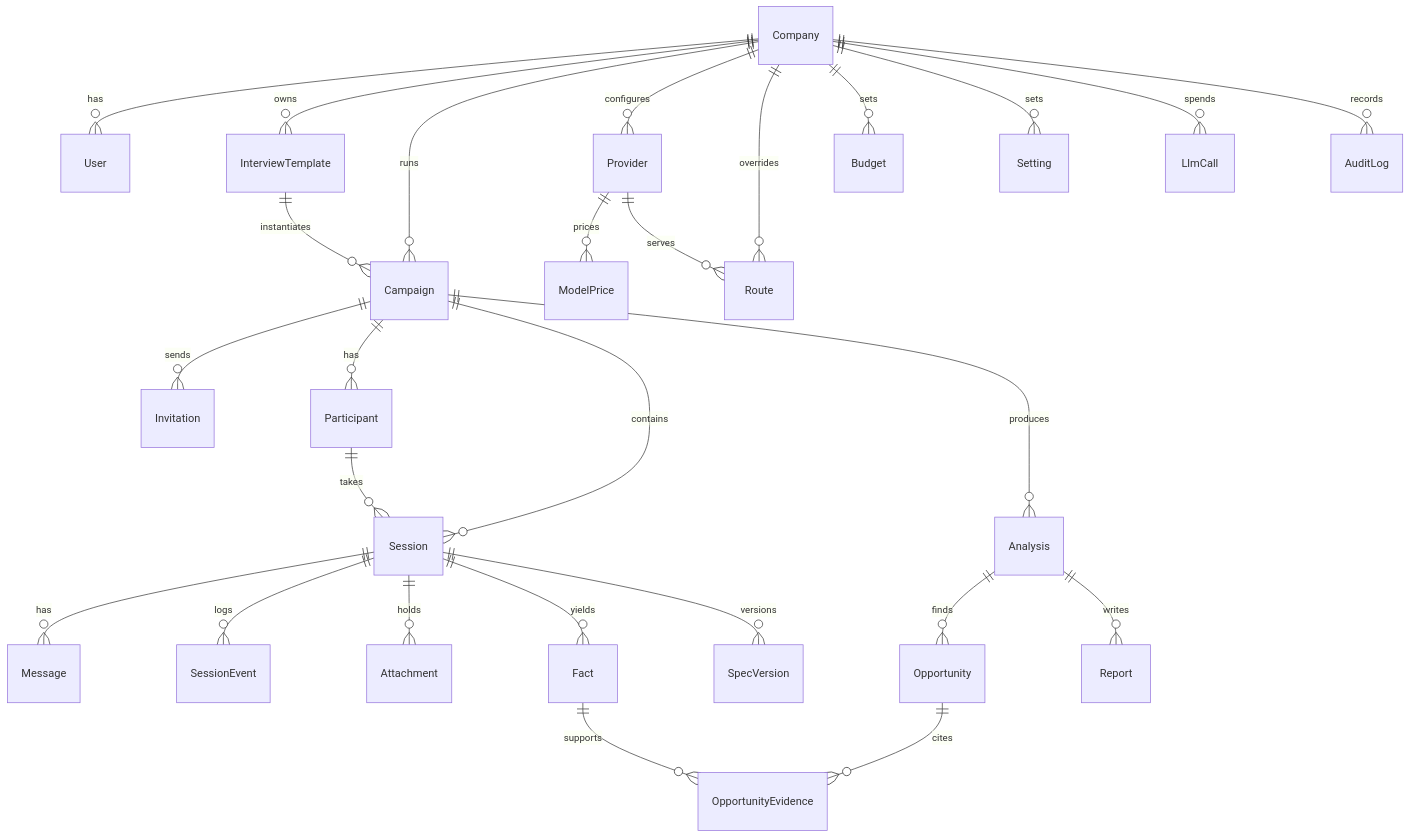
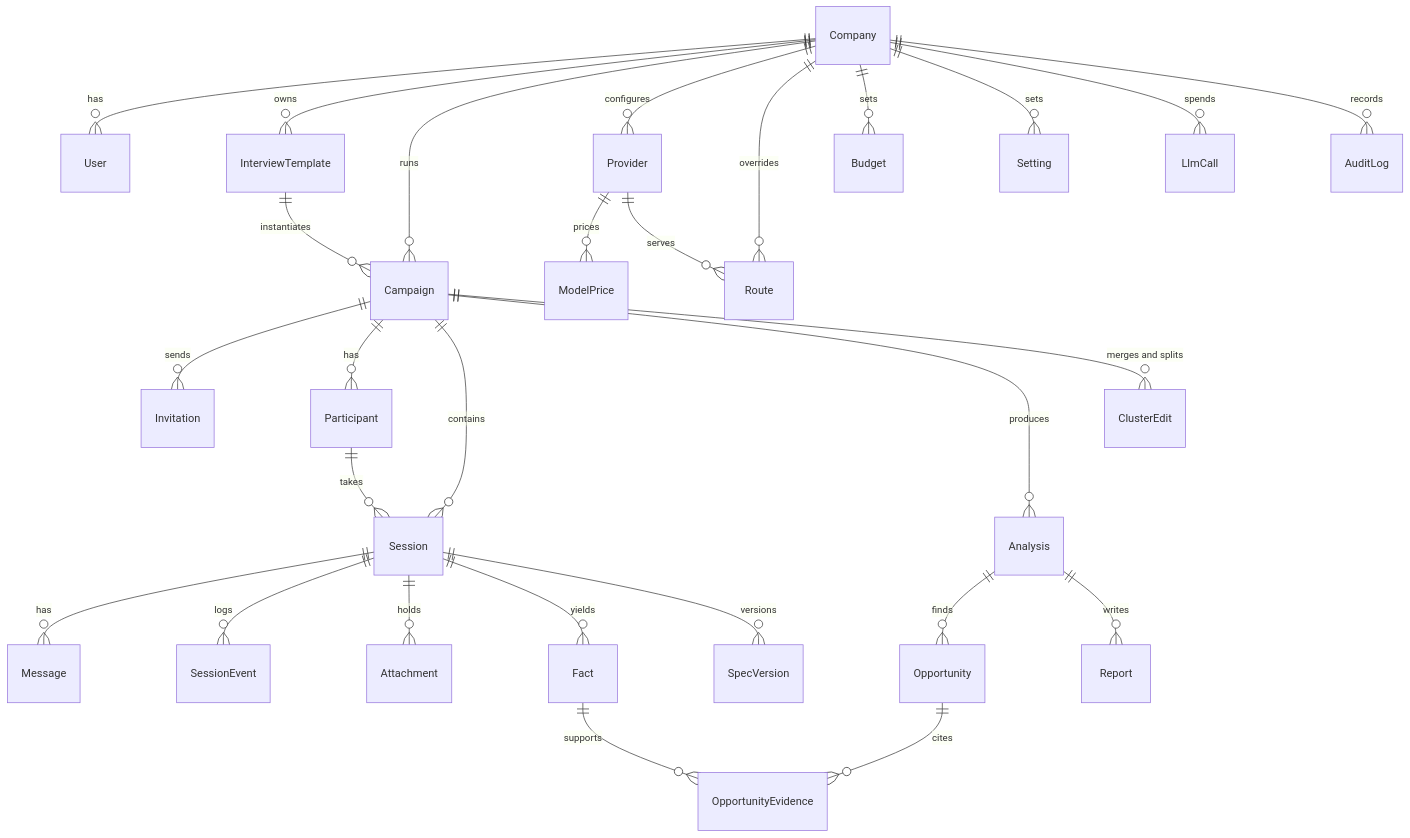
Before and after one commit to nasiriubat/ai-interview: the diagram in docs/spec/13-data-model.md, drawn with Mermaid. The commit also changed 25 other files, not shown here.

````diff
--- a/docs/spec/13-data-model.md
+++ b/docs/spec/13-data-model.md
@@ -5,29 +5,30 @@
 ```mermaid
 erDiagram
   Company ||--o{ User : has
   Company ||--o{ InterviewTemplate : owns
   Company ||--o{ Campaign : runs
   Company ||--o{ Provider : configures
   Company ||--o{ Route : overrides
   Company ||--o{ Budget : sets
   Company ||--o{ Setting : sets
   InterviewTemplate ||--o{ Campaign : instantiates
   Campaign ||--o{ Invitation : sends
   Campaign ||--o{ Participant : has
   Campaign ||--o{ Session : contains
   Campaign ||--o{ Analysis : produces
+  Campaign ||--o{ ClusterEdit : "merges and splits"
   Participant ||--o{ Session : takes
   Session ||--o{ Message : has
   Session ||--o{ SessionEvent : logs
   Session ||--o{ Attachment : holds
   Session ||--o{ Fact : yields
   Session ||--o{ SpecVersion : versions
   Analysis ||--o{ Opportunity : finds
   Analysis ||--o{ Report : writes
   Opportunity ||--o{ OpportunityEvidence : cites
   Fact ||--o{ OpportunityEvidence : supports
   Provider ||--o{ ModelPrice : prices
   Provider ||--o{ Route : serves
   Company ||--o{ LlmCall : spends
   Company ||--o{ AuditLog : records
 ```
````
